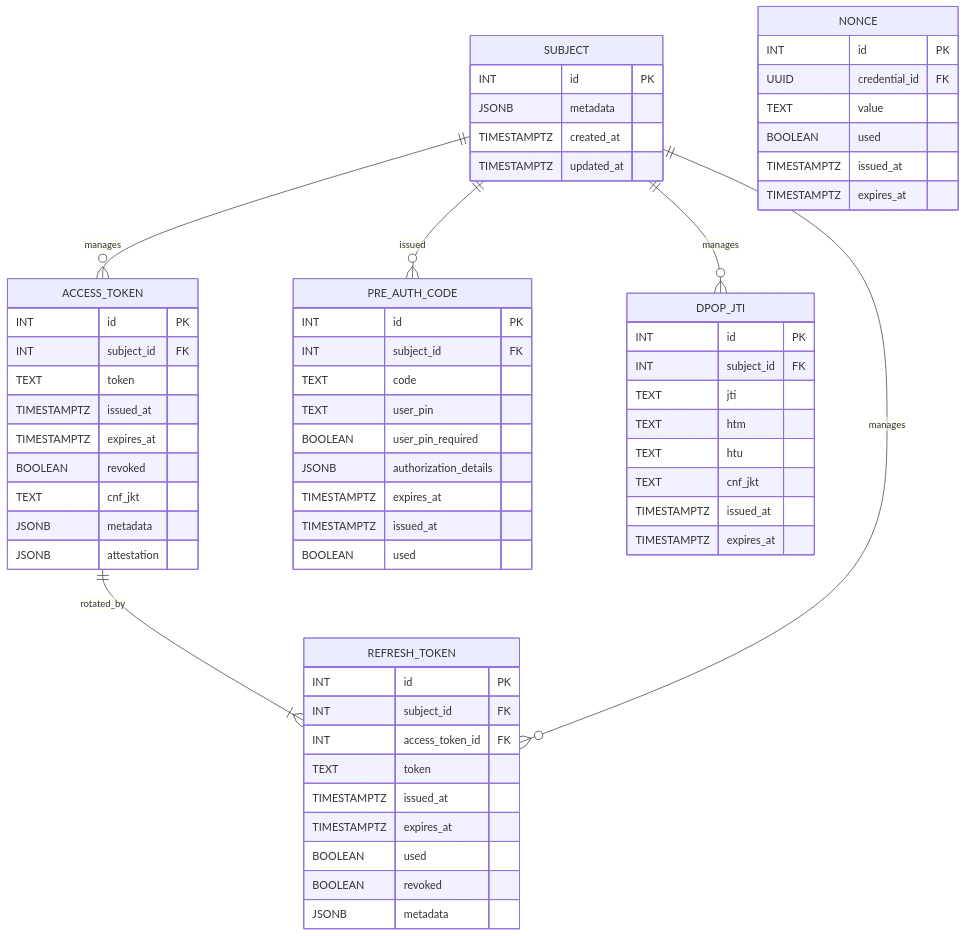
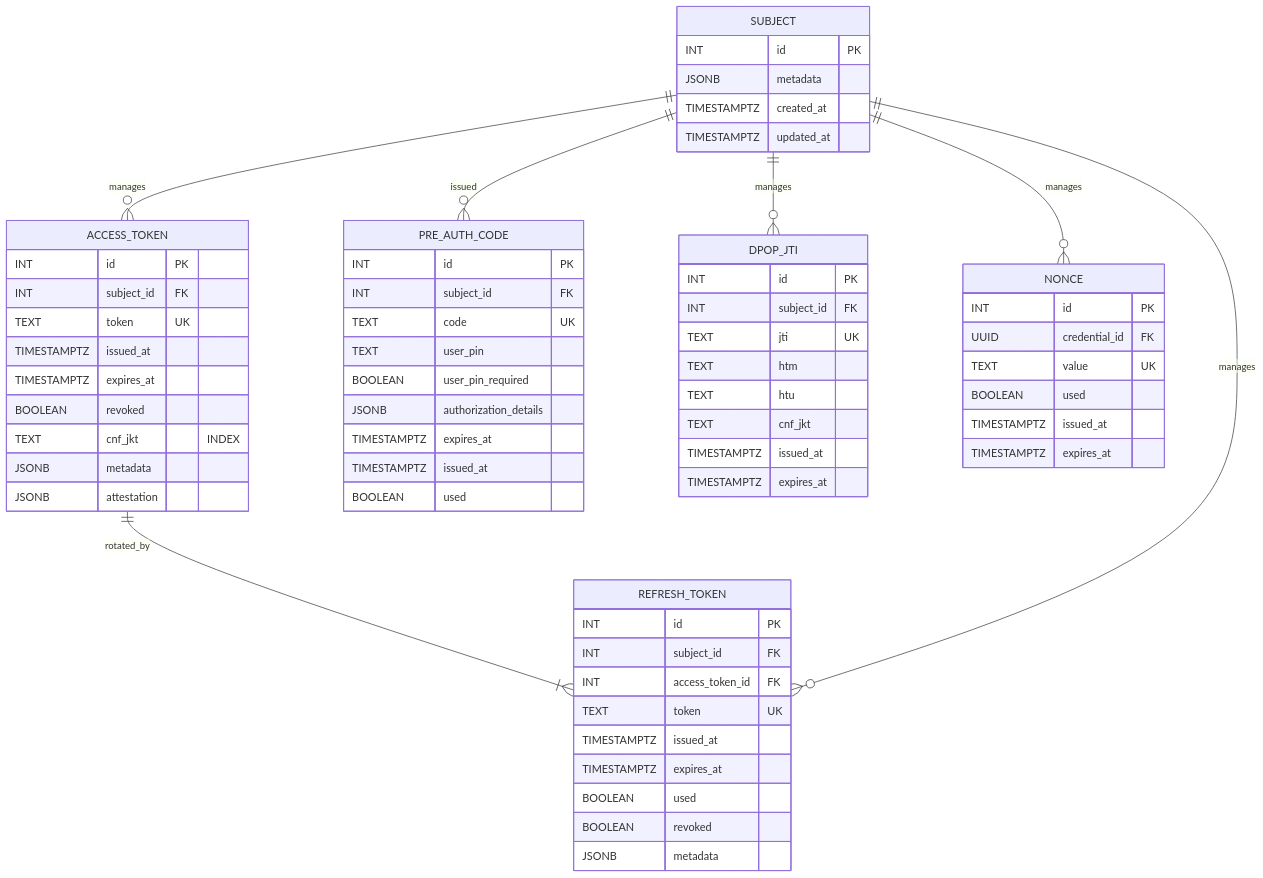
The eighth of 8 diagrams in README.md (weiiv/di-auth-server), drawn with Mermaid before and after one commit. The commit also changed other lines of this file and 2 other files, not shown here.

Commit message:
enable multi-tenancy support

````diff
--- a/README.md
+++ b/README.md
@@ -803,72 +900,72 @@
 ```mermaid
 erDiagram
-  ACCESS_TOKEN ||--|{ REFRESH_TOKEN : rotated_by
-  SUBJECT ||--o{ PRE_AUTH_CODE : issued
-  SUBJECT ||--o{ ACCESS_TOKEN : manages
-  SUBJECT ||--o{ REFRESH_TOKEN : manages
-  SUBJECT ||--o{ DPOP_JTI : manages
+    ACCESS_TOKEN ||--|{ REFRESH_TOKEN : rotated_by
+    SUBJECT ||--o{ PRE_AUTH_CODE : issued
+    SUBJECT ||--o{ ACCESS_TOKEN : manages
+    SUBJECT ||--o{ REFRESH_TOKEN : manages
+    SUBJECT ||--o{ DPOP_JTI : manages
+    SUBJECT ||--o{ NONCE : manages
 
-  SUBJECT {
-    INT id PK
-    JSONB metadata
-    TIMESTAMPTZ created_at
-    TIMESTAMPTZ updated_at
-  }
+    SUBJECT {
+        INT id PK
+        JSONB metadata
+        TIMESTAMPTZ created_at
+        TIMESTAMPTZ updated_at
+    }
 
-  PRE_AUTH_CODE {
-    INT id PK
-    INT subject_id FK
-    TEXT code
-    TEXT user_pin
-    BOOLEAN user_pin_required
-    JSONB authorization_details
-    TIMESTAMPTZ expires_at
-    TIMESTAMPTZ issued_at
-    BOOLEAN used
-  }
+    PRE_AUTH_CODE {
+        INT id PK
+        INT subject_id FK
+        TEXT code UK
+        TEXT user_pin
+        BOOLEAN user_pin_required
+        JSONB authorization_details
+        TIMESTAMPTZ expires_at
+        TIMESTAMPTZ issued_at
+        BOOLEAN used
+    }
 
-  ACCESS_TOKEN {
-    INT id PK
-    INT subject_id FK
-    TEXT token
-    TIMESTAMPTZ issued_at
-    TIMESTAMPTZ expires_at
-    BOOLEAN revoked
-    TEXT cnf_jkt
-    JSONB metadata
-    JSONB attestation
-  }
+    ACCESS_TOKEN {
+        INT id PK
+        INT subject_id FK
+        TEXT token UK
+        TIMESTAMPTZ issued_at
+        TIMESTAMPTZ expires_at
+        BOOLEAN revoked
+        TEXT cnf_jkt "INDEX"
+        JSONB metadata
+        JSONB attestation
+    }
 
-  REFRESH_TOKEN {
-    INT id PK
-    INT subject_id FK
-    INT access_token_id FK
-    TEXT token
-    TIMESTAMPTZ issued_at
-    TIMESTAMPTZ expires_at
-    BOOLEAN used
-    BOOLEAN revoked
-    JSONB metadata
-  }
+    REFRESH_TOKEN {
+        INT id PK
+        INT subject_id FK
+        INT access_token_id FK
+        TEXT token UK
+        TIMESTAMPTZ issued_at
+        TIMESTAMPTZ expires_at
+        BOOLEAN used
+        BOOLEAN revoked
+        JSONB metadata
+    }
 
+    DPOP_JTI {
+        INT id PK
+        INT subject_id FK
+        TEXT jti UK
+        TEXT htm
+        TEXT htu
+        TEXT cnf_jkt
+        TIMESTAMPTZ issued_at
+        TIMESTAMPTZ expires_at
+    }
 
-  DPOP_JTI {
-    INT id PK
-    INT subject_id FK
-    TEXT jti
-    TEXT htm
-    TEXT htu
-    TEXT cnf_jkt
-    TIMESTAMPTZ issued_at
-    TIMESTAMPTZ expires_at
-  }
-
-  NONCE {
-    INT id PK
-    UUID credential_id FK
-    TEXT value
-    BOOLEAN used
-    TIMESTAMPTZ issued_at
-    TIMESTAMPTZ expires_at
-  }
+    NONCE {
+        INT id PK
+        UUID credential_id FK
+        TEXT value UK
+        BOOLEAN used
+        TIMESTAMPTZ issued_at
+        TIMESTAMPTZ expires_at
+    }
 ```
````
